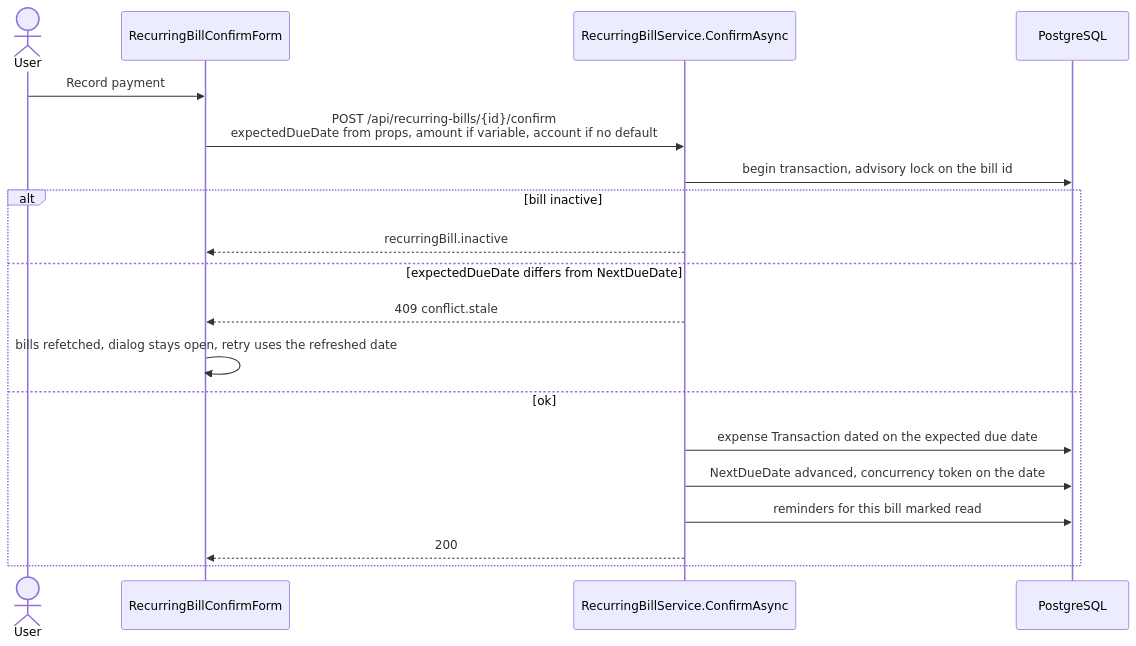
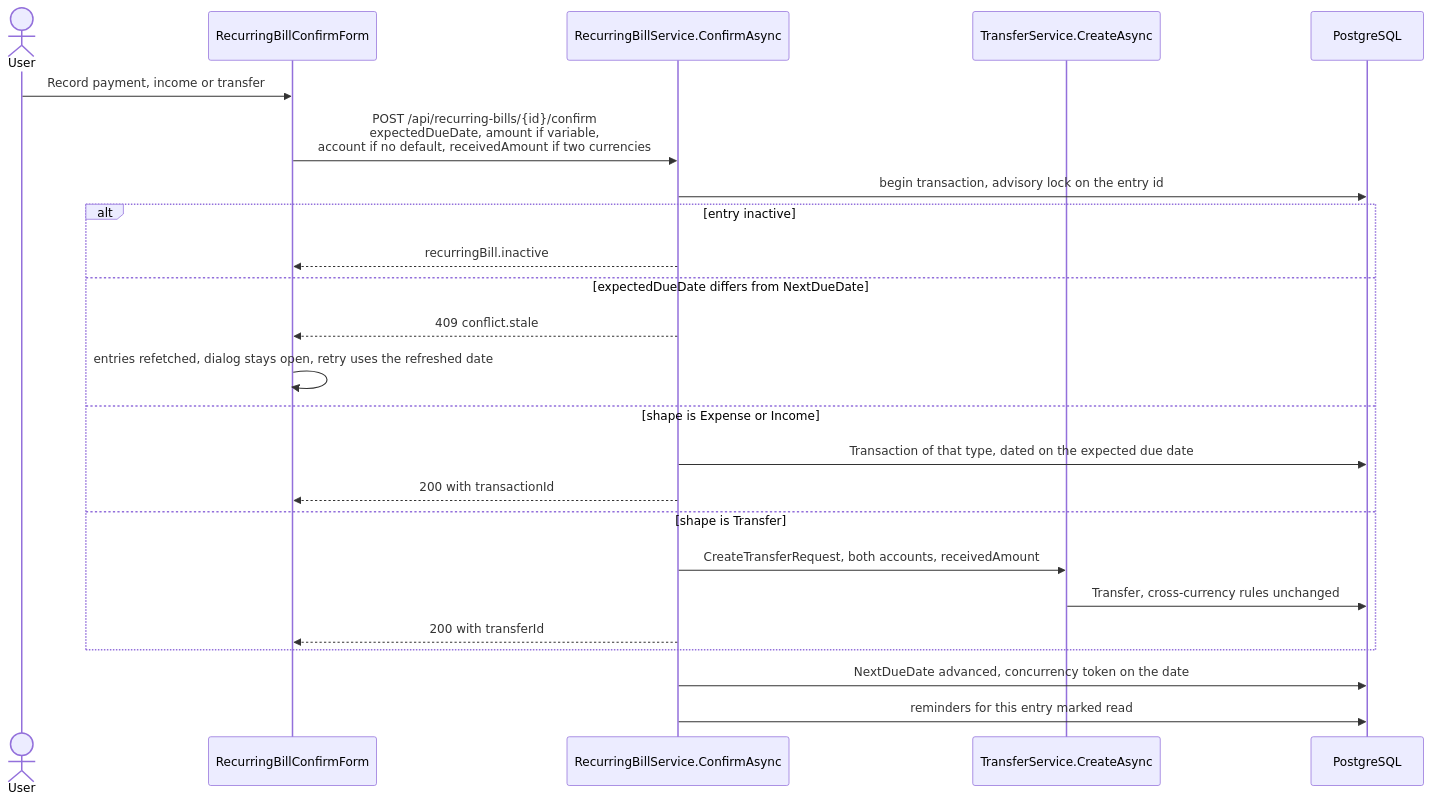
One commit to Justxs/Jx-Finance changed the first of 2 diagrams in docs/features/13. Recurring bills.md. Above: the diagram before and after it, drawn with Mermaid. The commit also changed other lines of this file and 62 other files, not shown here.

First line of the commit message:
feat(recurring-bills): record recurring income and transfers

````diff
--- a/docs/features/13. Recurring bills.md
+++ b/docs/features/13. Recurring bills.md
@@ -9,21 +21,26 @@
 ```mermaid
 sequenceDiagram
     actor User
     participant Form as RecurringBillConfirmForm
     participant Api as RecurringBillService.ConfirmAsync
+    participant Transfers as TransferService.CreateAsync
     participant Db as PostgreSQL
-    User->>Form: Record payment
-    Form->>Api: POST /api/recurring-bills/{id}/confirm<br/>expectedDueDate from props, amount if variable, account if no default
-    Api->>Db: begin transaction, advisory lock on the bill id
-    alt bill inactive
+    User->>Form: Record payment, income or transfer
+    Form->>Api: POST /api/recurring-bills/{id}/confirm<br/>expectedDueDate, amount if variable,<br/>account if no default, receivedAmount if two currencies
+    Api->>Db: begin transaction, advisory lock on the entry id
+    alt entry inactive
         Api-->>Form: recurringBill.inactive
     else expectedDueDate differs from NextDueDate
         Api-->>Form: 409 conflict.stale
-        Form->>Form: bills refetched, dialog stays open, retry uses the refreshed date
-    else ok
-        Api->>Db: expense Transaction dated on the expected due date
-        Api->>Db: NextDueDate advanced, concurrency token on the date
-        Api->>Db: reminders for this bill marked read
-        Api-->>Form: 200
+        Form->>Form: entries refetched, dialog stays open, retry uses the refreshed date
+    else shape is Expense or Income
+        Api->>Db: Transaction of that type, dated on the expected due date
+        Api-->>Form: 200 with transactionId
+    else shape is Transfer
+        Api->>Transfers: CreateTransferRequest, both accounts, receivedAmount
+        Transfers->>Db: Transfer, cross-currency rules unchanged
+        Api-->>Form: 200 with transferId
     end
+    Api->>Db: NextDueDate advanced, concurrency token on the date
+    Api->>Db: reminders for this entry marked read
 ```
````
